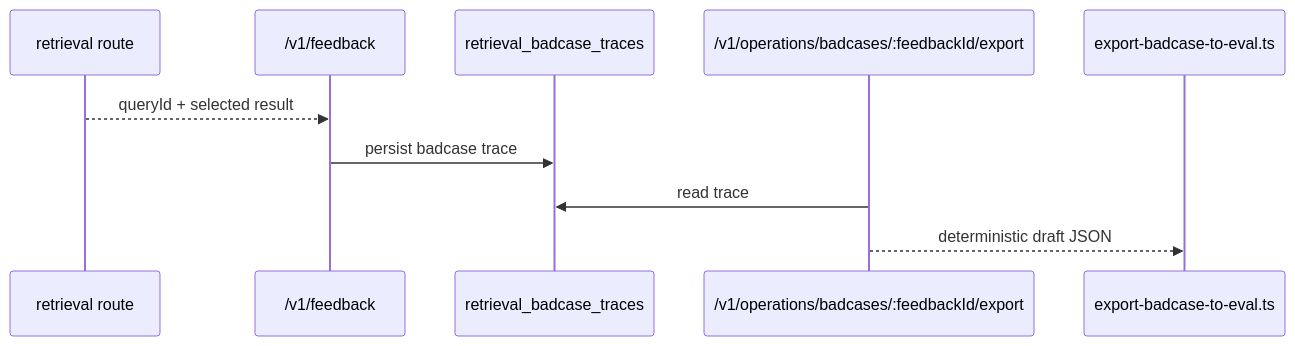
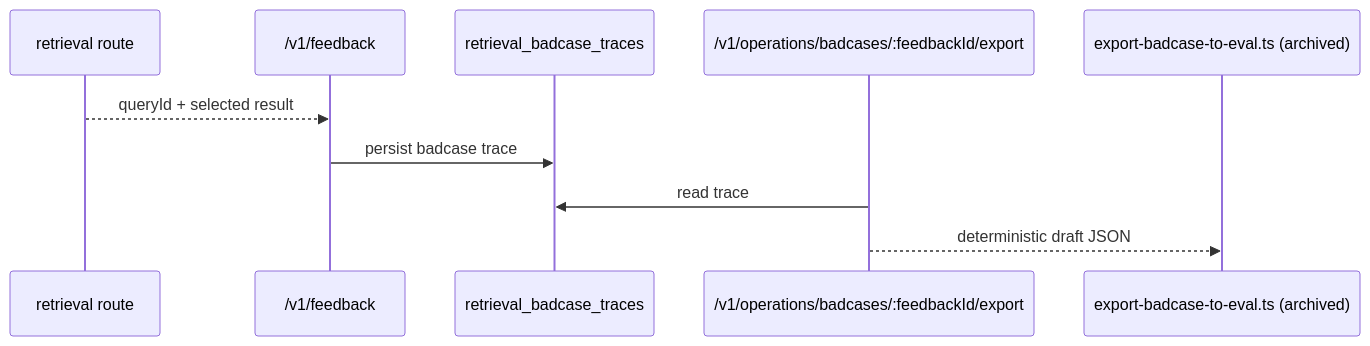
The ninth of 10 diagrams in docs/architecture/components/ASYNC_MODEL.md (pofossette/TrapMap-for-vibing), drawn with Mermaid before and after one commit. The commit also changed other lines of this file and 98 other files, not shown here.

````diff
--- a/docs/architecture/components/ASYNC_MODEL.md
+++ b/docs/architecture/components/ASYNC_MODEL.md
@@ -371,13 +371,13 @@
 ```mermaid
 sequenceDiagram
     participant Retrieval as retrieval route
     participant Feedback as /v1/feedback
     participant Trace as retrieval_badcase_traces
     participant Export as /v1/operations/badcases/:feedbackId/export
-    participant Script as export-badcase-to-eval.ts
+    participant Script as export-badcase-to-eval.ts (archived)
 
     Retrieval-->>Feedback: queryId + selected result
     Feedback->>Trace: persist badcase trace
     Export->>Trace: read trace
     Export-->>Script: deterministic draft JSON
 ```
````
